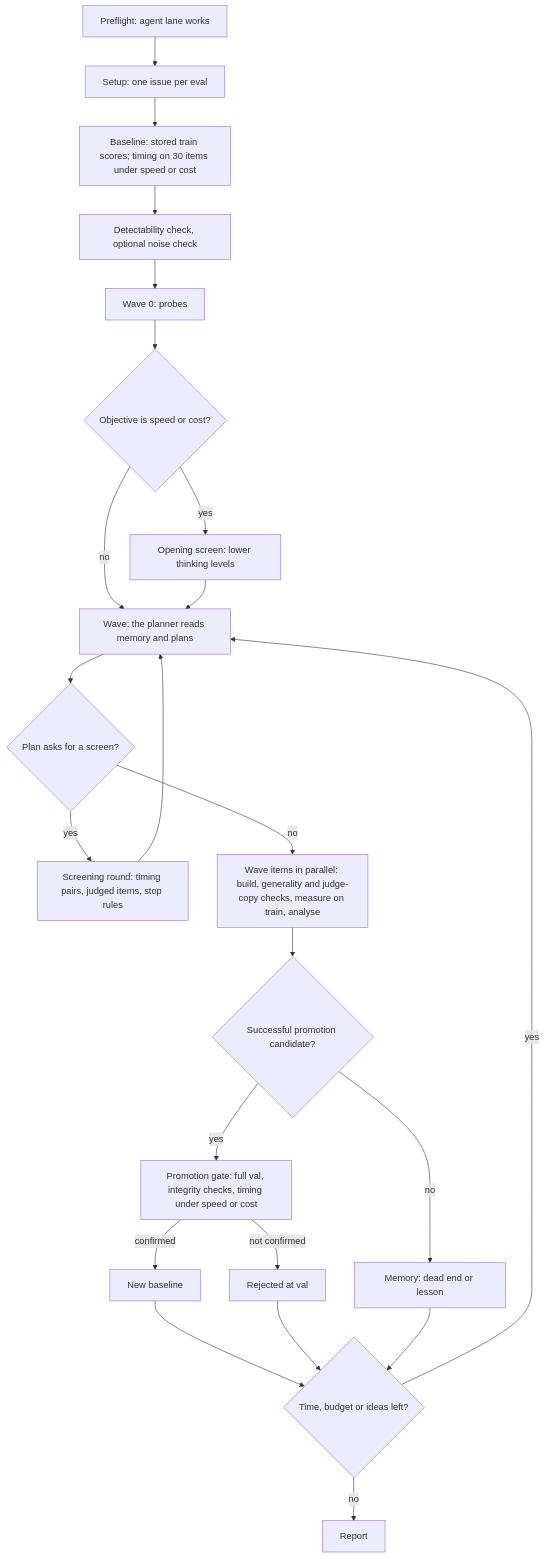
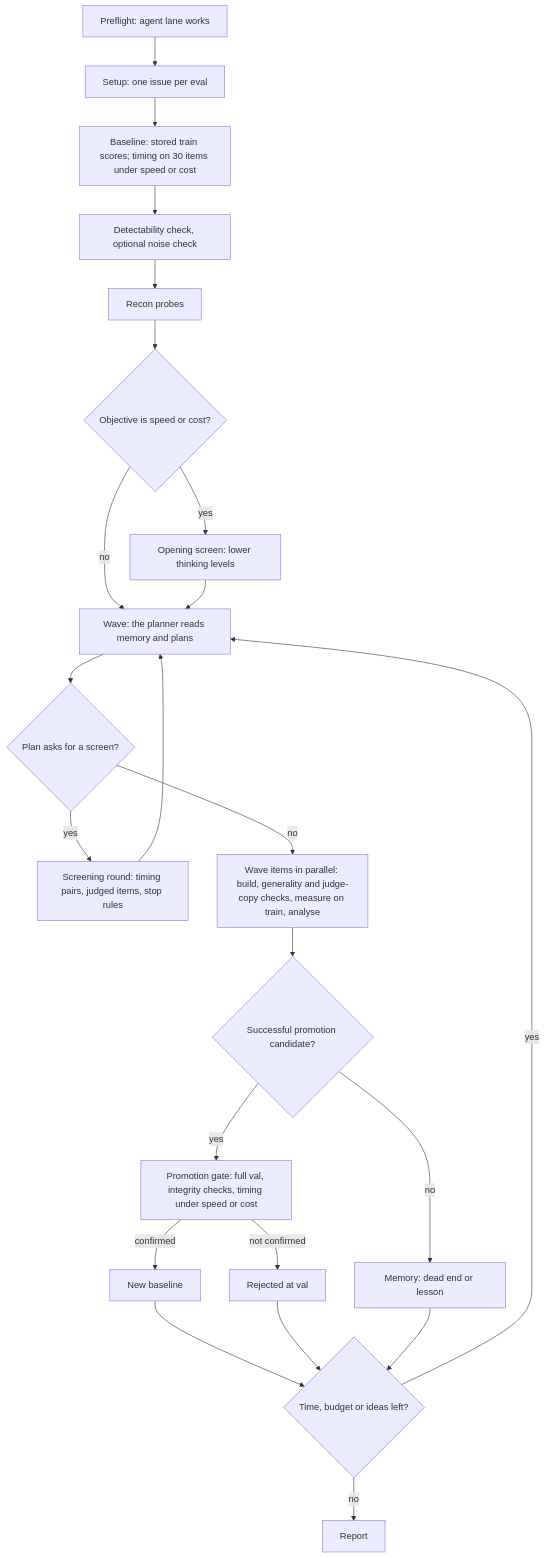
One commit to Kiln-AI/harness-tuner changed the diagram in docs/how-it-works.md. Above: the diagram before and after it, drawn with Mermaid. The commit also changed other lines of this file and 14 other files, not shown here.

````diff
--- a/docs/how-it-works.md
+++ b/docs/how-it-works.md
@@ -72,25 +72,25 @@
 ```mermaid
 flowchart TD
     A[Preflight: agent lane works] --> B[Setup: one issue per eval]
     B --> C[Baseline: stored train scores; timing on 30 items under speed or cost]
     C --> D[Detectability check, optional noise check]
-    D --> E[Wave 0: probes]
+    D --> E[Recon probes]
     E --> F{"Objective is speed or cost?"}
     F -- yes --> G[Opening screen: lower thinking levels]
     F -- no --> H
     G --> H[Wave: the planner reads memory and plans]
     H --> I{"Plan asks for a screen?"}
     I -- yes --> J["Screening round: timing pairs, judged items, stop rules"]
     J --> H
     I -- no --> K["Wave items in parallel: build, generality and judge-copy checks, measure on train, analyse"]
     K --> L{"Successful promotion candidate?"}
     L -- yes --> M["Promotion gate: full val, integrity checks, timing under speed or cost"]
     M -- confirmed --> N[New baseline]
     M -- not confirmed --> O[Rejected at val]
     L -- no --> P[Memory: dead end or lesson]
     N --> Q{"Time, budget or ideas left?"}
     O --> Q
     P --> Q
     Q -- yes --> H
     Q -- no --> R[Report]
 ```
````
